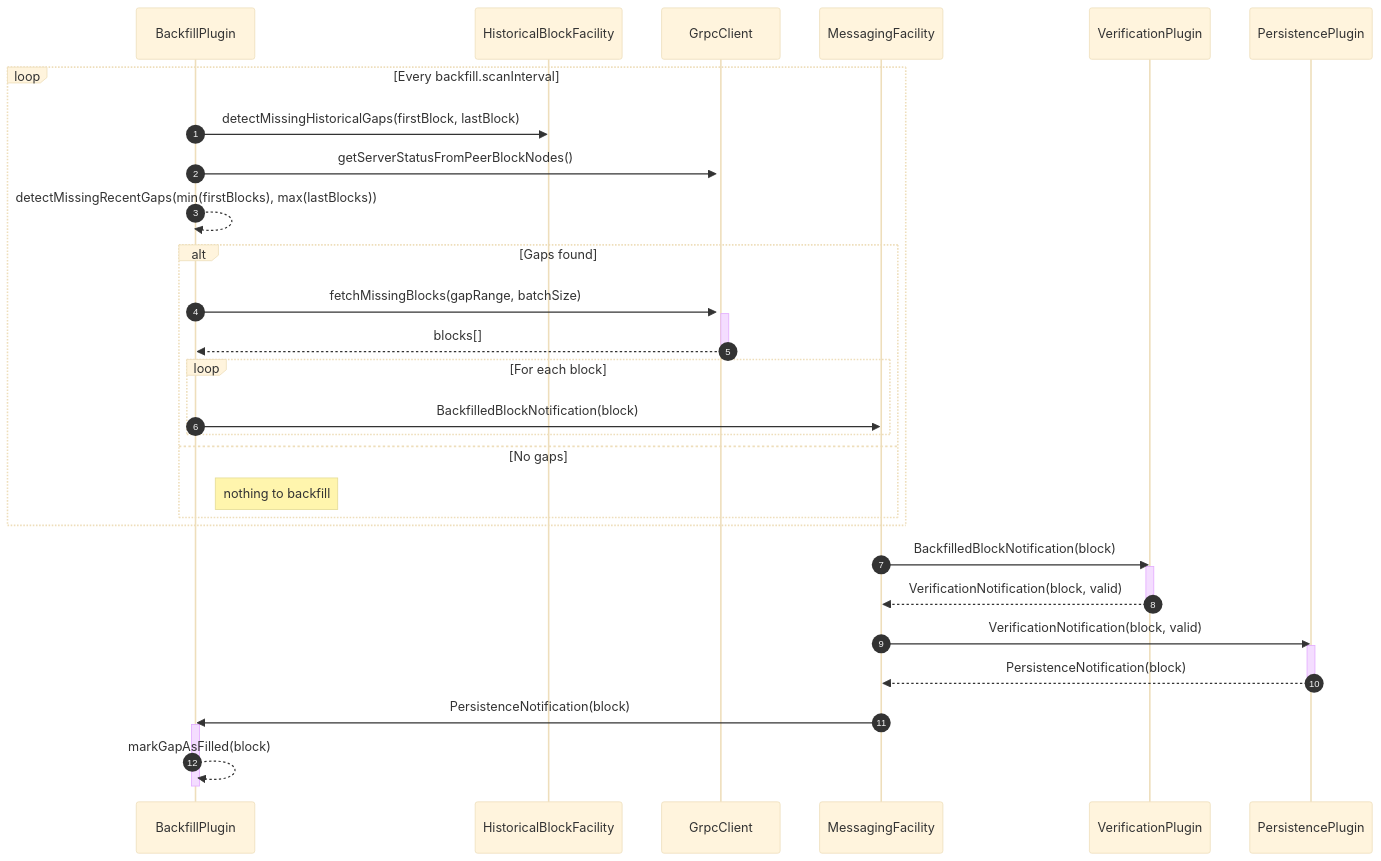
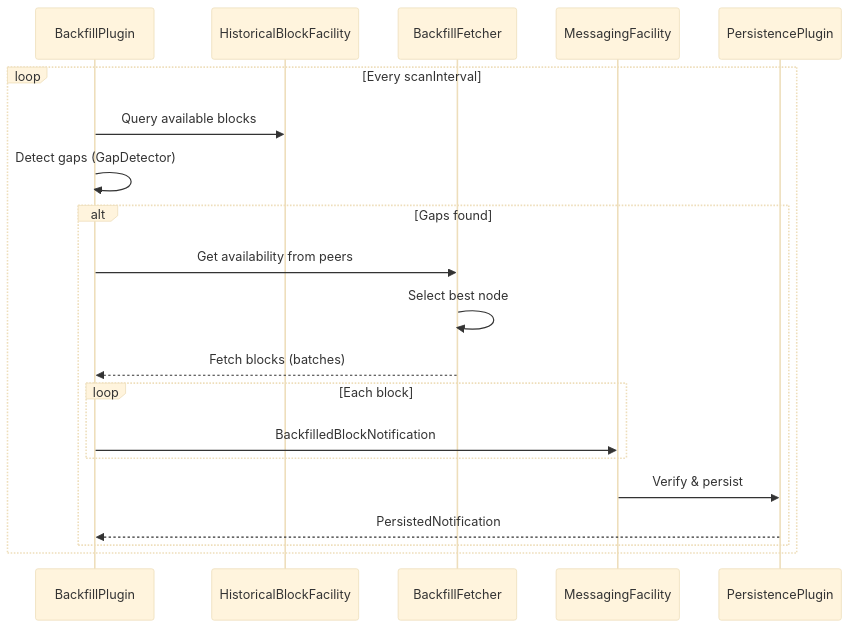
One commit to hiero-ledger/hiero-block-node changed the second of 4 diagrams in docs/design/backfill-plugin.md. Above: the diagram before and after it, drawn with Mermaid (base theme). The commit also changed other lines of this file, not shown here.

Commit message:
Updated Documentation to reflect new Architecture Design

````diff
--- a/docs/design/backfill-plugin.md
+++ b/docs/design/backfill-plugin.md
@@ -91,44 +110,23 @@
 ```mermaid
 sequenceDiagram
-    autonumber
-    participant BackfillPlugin
-    participant HistoricalBlockFacility
-    participant GrpcClient
-    participant MessagingFacility
-    participant VerificationPlugin
-    participant PersistencePlugin
+    participant BP as BackfillPlugin
+    participant HBF as HistoricalBlockFacility
+    participant Fetcher as BackfillFetcher
+    participant MF as MessagingFacility
+    participant Persist as PersistencePlugin
 
-    loop Every backfill.scanInterval
-        BackfillPlugin->>HistoricalBlockFacility: detectMissingHistoricalGaps(firstBlock, lastBlock)
-        BackfillPlugin->>+GrpcClient: getServerStatusFromPeerBlockNodes()
-        BackfillPlugin-->>BackfillPlugin: detectMissingRecentGaps(min(firstBlocks), max(lastBlocks))
+    loop Every scanInterval
+        BP->>HBF: Query available blocks
+        BP->>BP: Detect gaps (GapDetector)
         alt Gaps found
-            BackfillPlugin->>+GrpcClient: fetchMissingBlocks(gapRange, batchSize)
-            GrpcClient-->>-BackfillPlugin: blocks[]
-            loop For each block
-                BackfillPlugin->>MessagingFacility: BackfilledBlockNotification(block)
+            BP->>Fetcher: Get availability from peers
+            Fetcher->>Fetcher: Select best node
+            Fetcher-->>BP: Fetch blocks (batches)
+            loop Each block
+                BP->>MF: BackfilledBlockNotification
             end
-        else No gaps
-            Note right of BackfillPlugin: nothing to backfill
+            MF->>Persist: Verify & persist
+            Persist-->>BP: PersistedNotification
         end
     end
-
-%% Verification path
-    MessagingFacility->>VerificationPlugin: BackfilledBlockNotification(block)
-    activate VerificationPlugin
-    VerificationPlugin-->>MessagingFacility: VerificationNotification(block, valid)
-    deactivate VerificationPlugin
-
-%% Persistence path
-    MessagingFacility->>PersistencePlugin: VerificationNotification(block, valid)
-    activate PersistencePlugin
-    PersistencePlugin-->>MessagingFacility: PersistenceNotification(block)
-    deactivate PersistencePlugin
-
-%% Backfill completion
-    MessagingFacility->>BackfillPlugin: PersistenceNotification(block)
-    activate BackfillPlugin
-    BackfillPlugin-->>BackfillPlugin: markGapAsFilled(block)
-    deactivate BackfillPlugin
-
 ```
````
